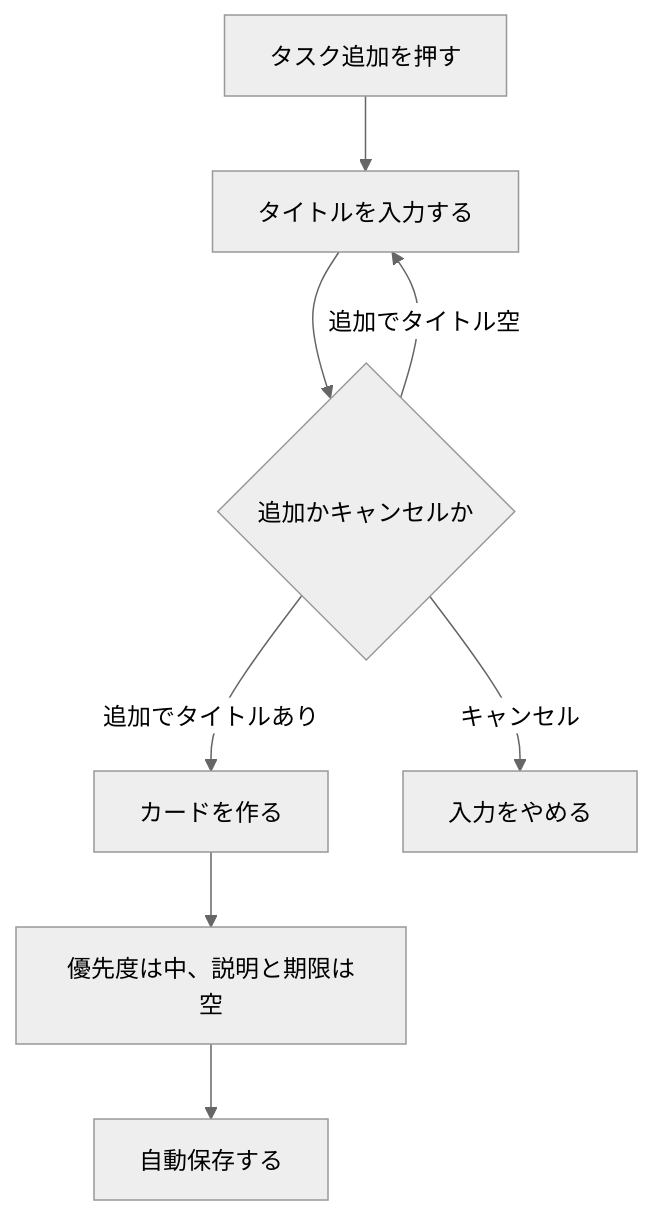
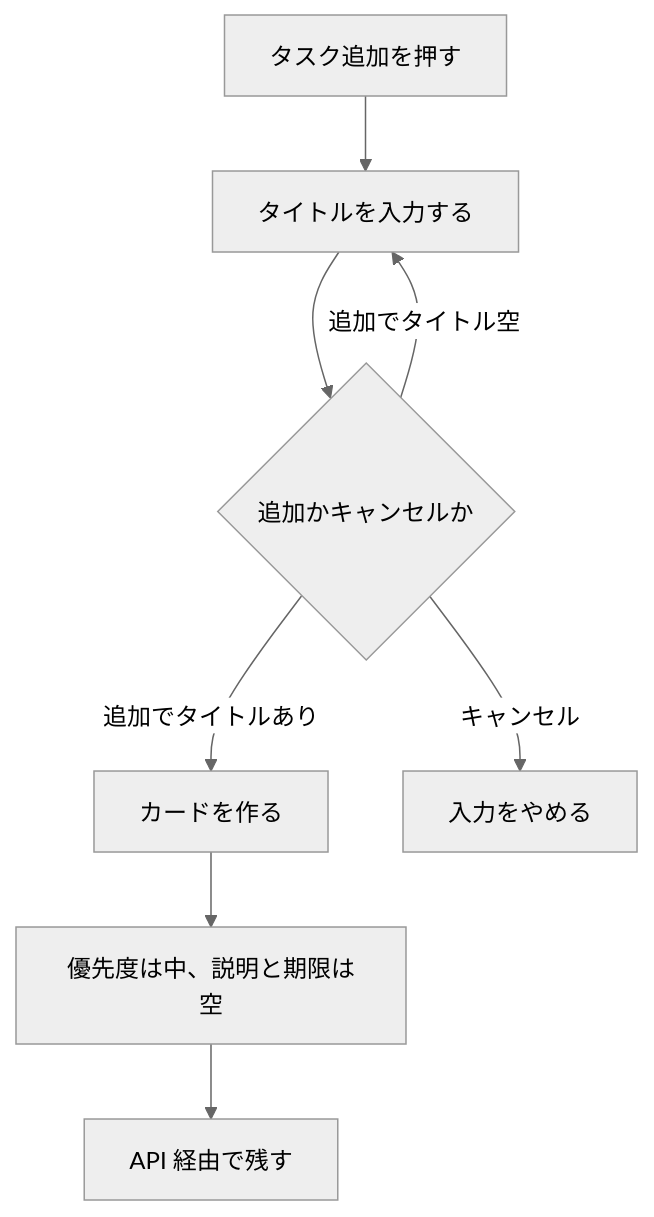
One commit to pfgnsb/kadai-kanri-board changed the third of 6 diagrams in ドキュメント/機能要件定義書.md. Above: the diagram before and after it, drawn with Mermaid (neutral theme). The commit also changed other lines of this file and 4 other files, not shown here.

````diff
--- a/ドキュメント/機能要件定義書.md
+++ b/ドキュメント/機能要件定義書.md
@@ -173,10 +175,10 @@
 ```mermaid
 flowchart TD
   a[タスク追加を押す] --> b[タイトルを入力する]
   b --> c{追加かキャンセルか}
   c -->|追加でタイトルあり| d[カードを作る]
   c -->|キャンセル| e[入力をやめる]
   c -->|追加でタイトル空| b
   d --> f[優先度は中、説明と期限は空]
-  f --> g[自動保存する]
+  f --> g[API 経由で残す]
 ```
````
